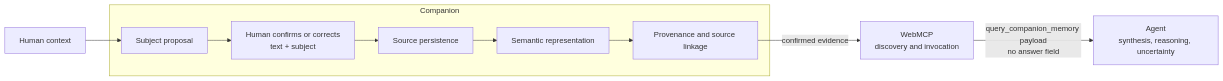
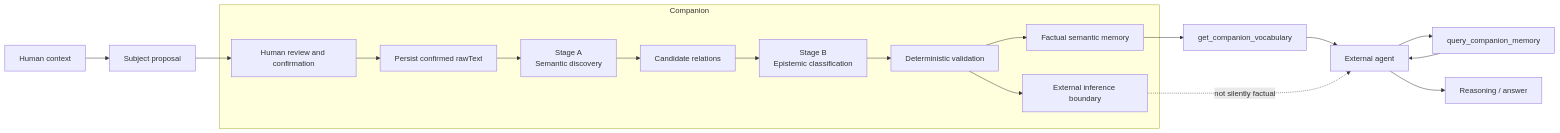
The diagram in README.md (AndreyBlanco/companion-webmcp), drawn with Mermaid before and after one commit. The commit also changed other lines of this file, not shown here.

````diff
--- a/README.md
+++ b/README.md
@@ -57,12 +97,23 @@
 ```mermaid
 flowchart LR
-    H[Human context] --> R[Subject proposal]
-    subgraph C[Companion]
-      R --> X[Human confirms or corrects<br/>text + subject]
-      X --> M[Source persistence]
-      M --> S[Semantic representation]
-      S --> P[Provenance and source linkage]
+    H[Human context] --> D[Subject proposal]
+    D --> C[Human review and confirmation]
+
+    subgraph Companion
+        C --> R[Persist confirmed rawText]
+        R --> A[Stage A<br/>Semantic discovery]
+        A --> B[Candidate relations]
+        B --> E[Stage B<br/>Epistemic classification]
+        E --> V[Deterministic validation]
+        V --> F[Factual semantic memory]
+        V --> I[External inference boundary]
     end
-    P -->|confirmed evidence| W[WebMCP<br/>discovery and invocation]
-    W -->|query_companion_memory payload<br/>no answer field| A[Agent<br/>synthesis, reasoning, uncertainty]
+
+    F --> W1[get_companion_vocabulary]
+    W1 --> AG[External agent]
+    AG --> W2[query_companion_memory]
+    W2 --> AG
+    AG --> O[Reasoning / answer]
+
+    I -. not silently factual .-> AG
 ```
````
